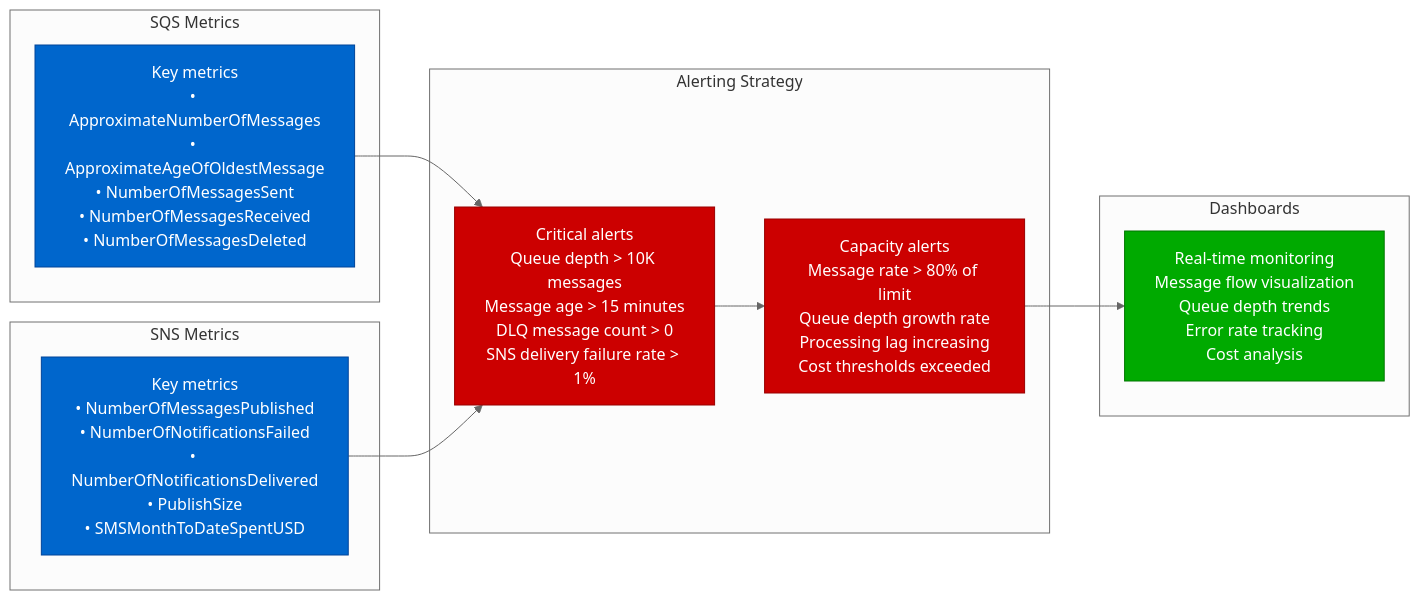
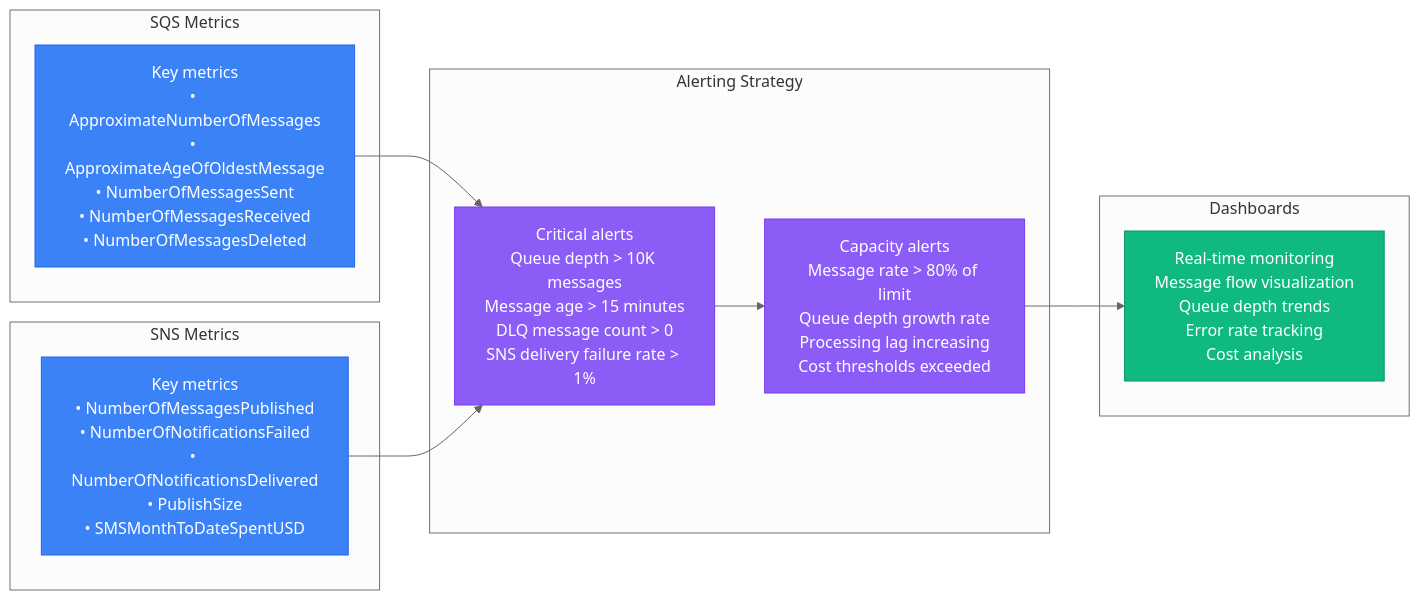
One commit to deepaucksharma/DS changed diagram 12 of 13 in site/docs/performance/sqs-sns-performance-profile.md. Above: the diagram before and after it, drawn with Mermaid (neutral theme). The commit also changed other lines of this file and 303 other files, not shown here.

````diff
--- a/site/docs/performance/sqs-sns-performance-profile.md
+++ b/site/docs/performance/sqs-sns-performance-profile.md
@@ -444,33 +444,33 @@
 ```mermaid
 graph LR
     subgraph "SQS Metrics"
         SQS_METRICS[Key metrics<br/>• ApproximateNumberOfMessages<br/>• ApproximateAgeOfOldestMessage<br/>• NumberOfMessagesSent<br/>• NumberOfMessagesReceived<br/>• NumberOfMessagesDeleted]
     end
 
     subgraph "SNS Metrics"
         SNS_METRICS[Key metrics<br/>• NumberOfMessagesPublished<br/>• NumberOfNotificationsFailed<br/>• NumberOfNotificationsDelivered<br/>• PublishSize<br/>• SMSMonthToDateSpentUSD]
     end
 
     subgraph "Alerting Strategy"
         ALERTS1[Critical alerts<br/>Queue depth > 10K messages<br/>Message age > 15 minutes<br/>DLQ message count > 0<br/>SNS delivery failure rate > 1%]
 
         ALERTS2[Capacity alerts<br/>Message rate > 80% of limit<br/>Queue depth growth rate<br/>Processing lag increasing<br/>Cost thresholds exceeded]
     end
 
     subgraph "Dashboards"
         DASH1[Real-time monitoring<br/>Message flow visualization<br/>Queue depth trends<br/>Error rate tracking<br/>Cost analysis]
     end
 
     SQS_METRICS --> ALERTS1
     SNS_METRICS --> ALERTS1
     ALERTS1 --> ALERTS2
     ALERTS2 --> DASH1
 
-    classDef metricsStyle fill:#0066CC,stroke:#004499,color:#fff
-    classDef alertStyle fill:#CC0000,stroke:#990000,color:#fff
-    classDef dashStyle fill:#00AA00,stroke:#007700,color:#fff
+    classDef metricsStyle fill:#3B82F6,stroke:#2563EB,color:#fff
+    classDef alertStyle fill:#8B5CF6,stroke:#7C3AED,color:#fff
+    classDef dashStyle fill:#10B981,stroke:#059669,color:#fff
 
     class SQS_METRICS,SNS_METRICS metricsStyle
     class ALERTS1,ALERTS2 alertStyle
     class DASH1 dashStyle
 ```
````
